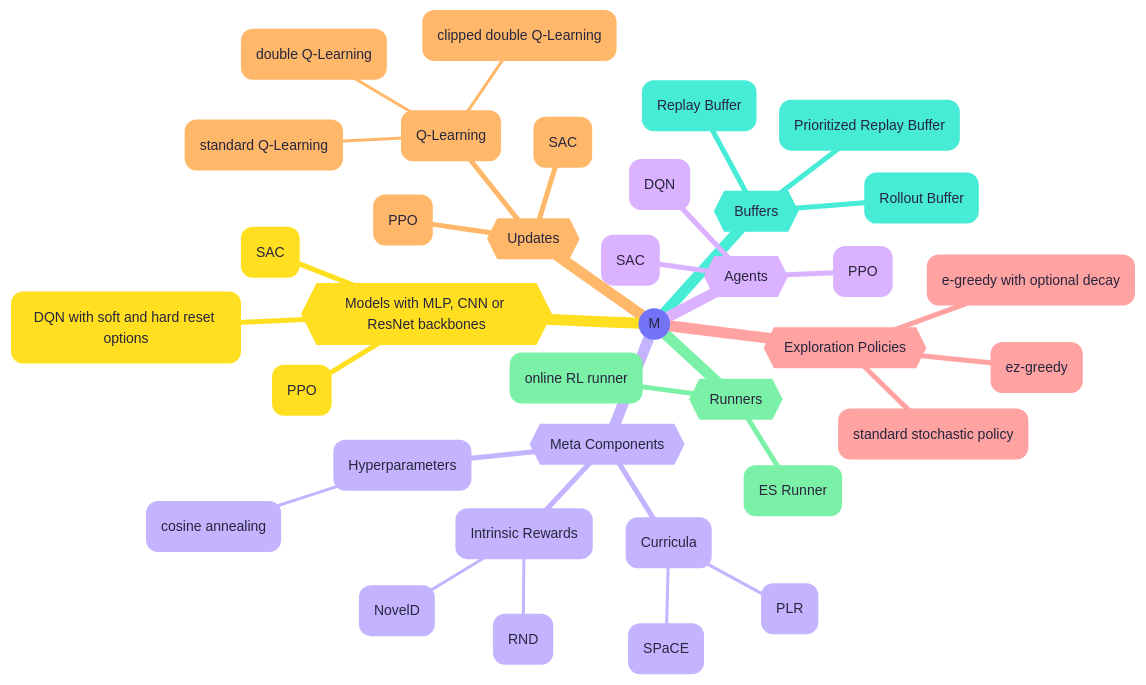
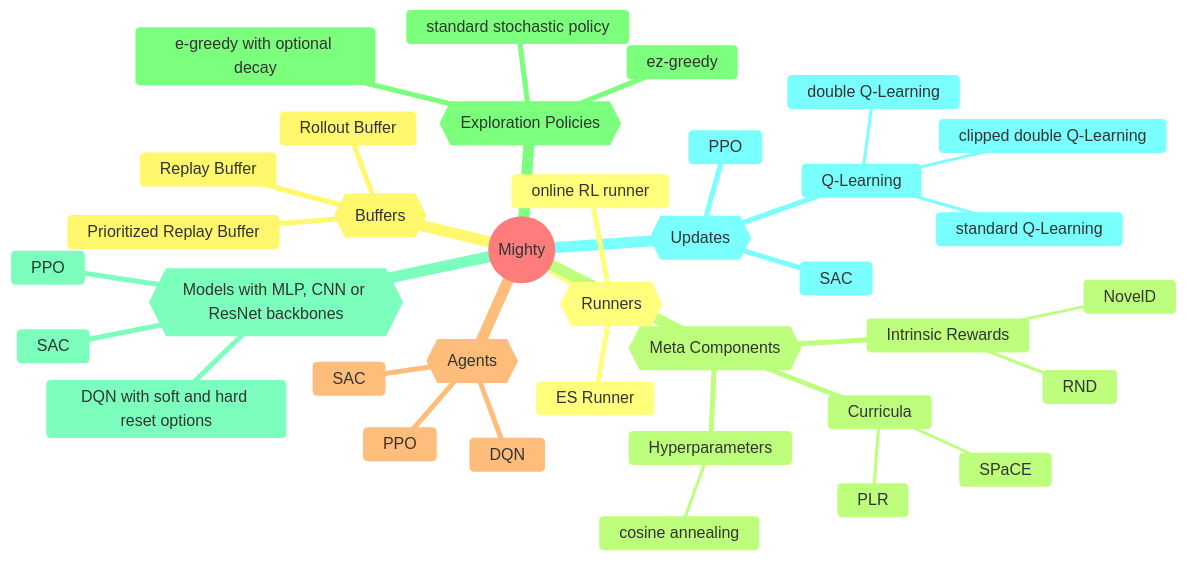
One commit to nobodyPerfecZ/Mighty changed the diagram in docs/index.md. Above: the diagram before and after it, drawn with Mermaid. The commit also changed 3 other files, not shown here.

````diff
--- a/docs/index.md
+++ b/docs/index.md
@@ -22,43 +22,41 @@
 ``` mermaid
----
-config:
-  theme: redux-color
----
+%%{init: { "theme": "base", 
+           "themeVariables": {"primaryColor": "#fffbfbff", "secondaryColor": "#fffeecff", "tertiaryColor": "#faffffff"}} }%%
 mindmap
-((M))
+((Mighty))
   {{Buffers}}
     Rollout Buffer
     Replay Buffer
     Prioritized Replay Buffer
   {{Updates}}
     Q-Learning
       standard Q-Learning
       double Q-Learning
       clipped double Q-Learning
     PPO
     SAC
   {{Agents}}
     DQN
     PPO
     SAC
   {{Runners}}
     ES Runner
     online RL runner
   {{Meta Components}}
     Intrinsic Rewards
       NovelD
       RND
     Curricula
       SPaCE
       PLR
     Hyperparameters
       cosine annealing
   {{Exploration Policies}}
     e-greedy with optional decay
     ez-greedy
     standard stochastic policy
   {{Models with MLP, CNN or ResNet backbones}}
     DQN with soft and hard reset options
     SAC
     PPO
 ```
````
